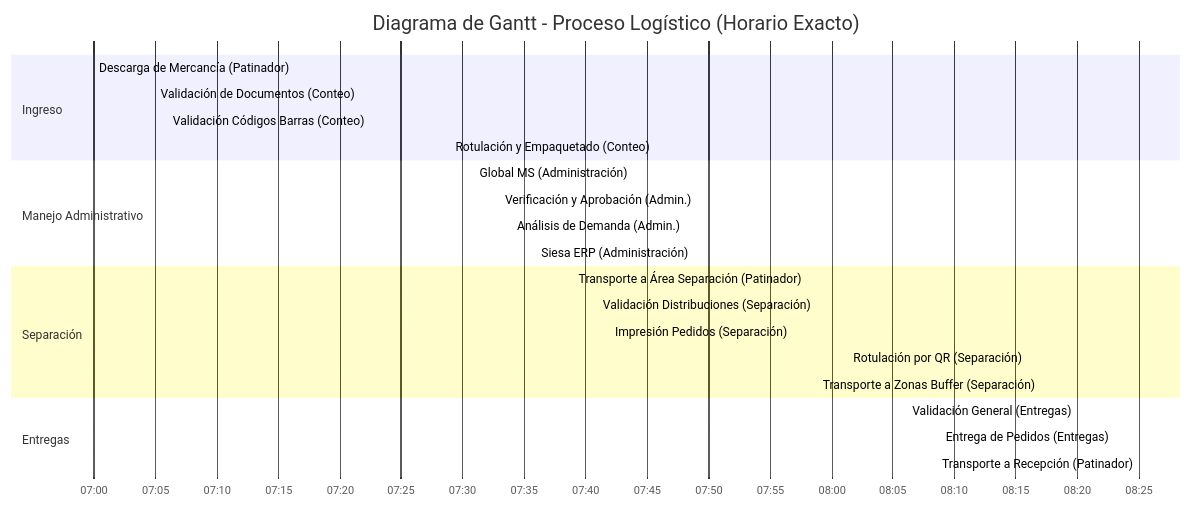
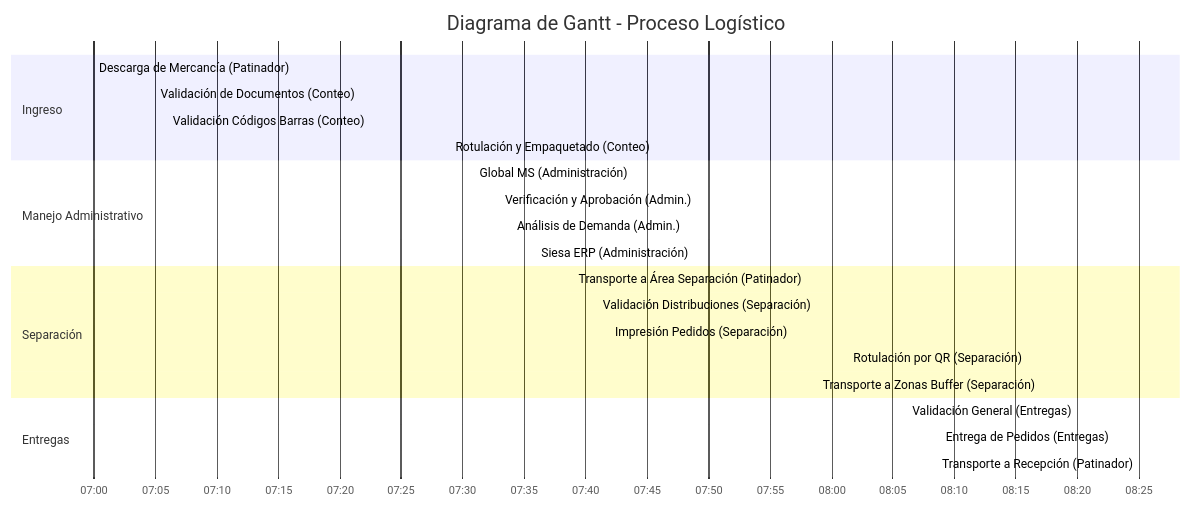
Before and after one commit to andres1-dev/one: the diagram in leonardo/gannt.mermaid, drawn with Mermaid.

```diff
--- a/leonardo/gannt.mermaid
+++ b/leonardo/gannt.mermaid
@@ -1,29 +1,29 @@
 gantt
-    title Diagrama de Gantt - Proceso Logístico (Horario Exacto)
+    title Diagrama de Gantt - Proceso Logístico
     dateFormat  HH:mm
     axisFormat %H:%M
     tickInterval 10minutes
 
     section Ingreso
     Descarga de Mercancía (Patinador)      :active, 07:00, 5min
     Validación de Documentos (Conteo)       :active, 07:05, 1min
     Validación Códigos Barras (Conteo)      :active, 07:06, 23min
     Rotulación y Empaquetado (Conteo)       :active, 07:29, 2min
 
     section Manejo Administrativo
     Global MS (Administración)             :active, 07:31, 2min
     Verificación y Aprobación (Admin.)      :active, 07:33, 1min
     Análisis de Demanda (Admin.)            :active, 07:34, 2min
     Siesa ERP (Administración)             :active, 07:36, 3min
 
     section Separación
     Transporte a Área Separación (Patinador) :active, 07:39, 2min
     Validación Distribuciones (Separación)   :active, 07:41, 1min
     Impresión Pedidos (Separación)           :active, 07:42, 34min
     Rotulación por QR (Separación)          :active, 08:16, 1min
     Transporte a Zonas Buffer (Separación)   :active, 08:17, 3min
 
     section Entregas
     Validación General (Entregas)           :active, 08:20, 3min
     Entrega de Pedidos (Entregas)           :active, 08:23, 2min
     Transporte a Recepción (Patinador)      :active, 08:25, 2min
```
